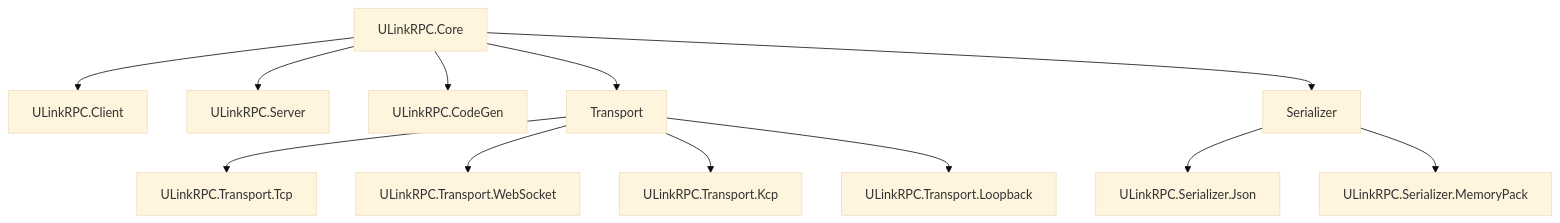
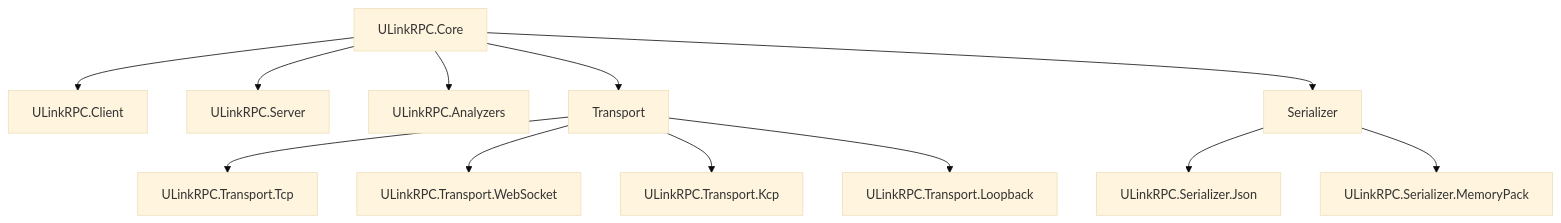
Before and after one commit to bruce48x/ULinkRPC: the second of 2 diagrams in README.zh-CN.md, drawn with Mermaid (base theme). The commit also changed other lines of this file and 19 other files, not shown here.

Commit message:
Complete CodeGen removal documentation

````diff
--- a/README.zh-CN.md
+++ b/README.zh-CN.md
@@ -167,14 +167,14 @@
 ```mermaid
 flowchart TB
     Core["ULinkRPC.Core"] --> Client["ULinkRPC.Client"]
     Core --> Server["ULinkRPC.Server"]
-    Core --> CodeGen["ULinkRPC.CodeGen"]
+    Core --> Analyzers["ULinkRPC.Analyzers"]
     Core --> Transport
     Core --> Serializer
     Transport --> Tcp["ULinkRPC.Transport.Tcp"]
     Transport --> Ws["ULinkRPC.Transport.WebSocket"]
     Transport --> Kcp["ULinkRPC.Transport.Kcp"]
     Transport --> Loopback["ULinkRPC.Transport.Loopback"]
     Serializer --> Json["ULinkRPC.Serializer.Json"]
     Serializer --> MemoryPack["ULinkRPC.Serializer.MemoryPack"]
 ```
````
